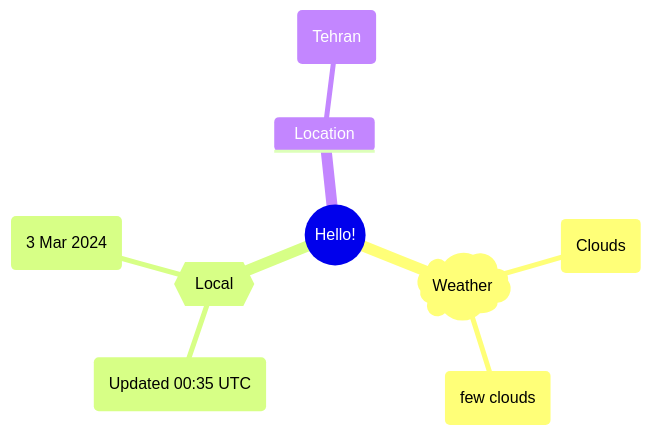
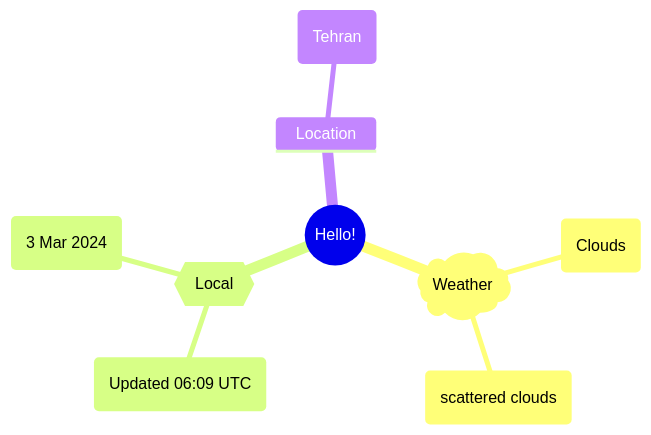
The first of 2 diagrams in README.md (Xosrov/Xosrov), drawn with Mermaid before and after one commit.

Commit message:
[bot] updated images

````diff
--- a/README.md
+++ b/README.md
@@ -3,12 +3,12 @@
 ```mermaid
 mindmap
   root((Hello!))
     )Weather(
         (Clouds)
-        (few clouds)
+        (scattered clouds)
     {{Local}}
-        (Updated 00:35 UTC)
+        (Updated 06:09 UTC)
         (3 Mar 2024)
     Location
         (Tehran)
 ```
````
